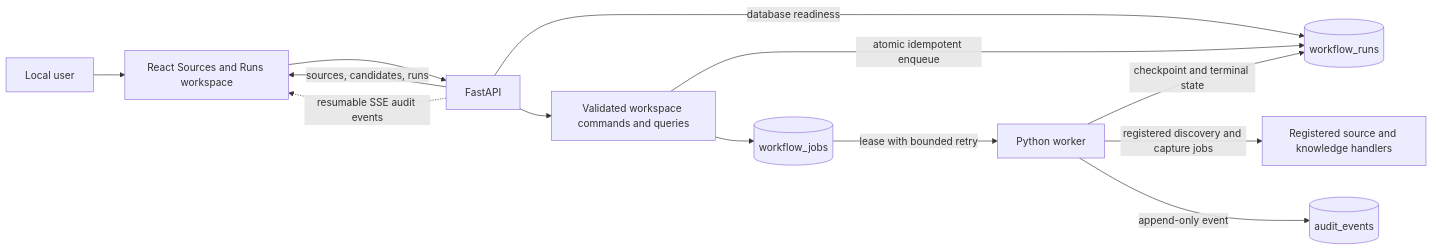
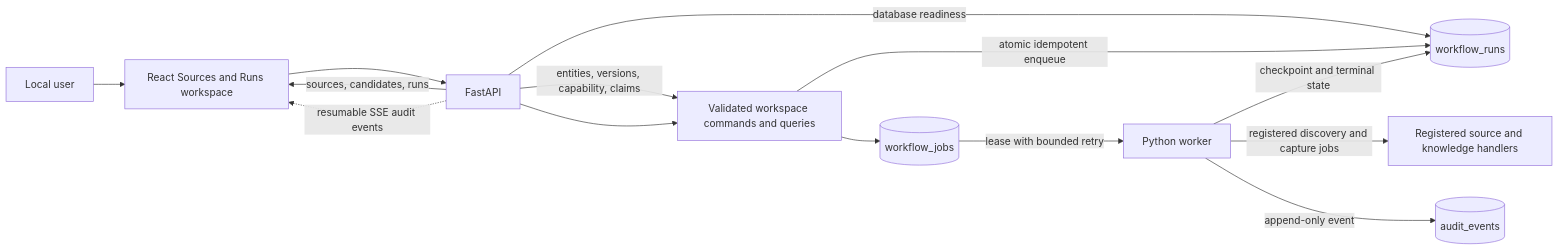
The second of 15 diagrams in docs/architecture/system-architecture.md (Wenqi77Zhang/GameCrafter-Agent), drawn with Mermaid before and after one commit. The commit also changed other lines of this file and 14 other files, not shown here.

````diff
--- a/docs/architecture/system-architecture.md
+++ b/docs/architecture/system-architecture.md
@@ -32,24 +32,25 @@
 ```mermaid
 flowchart LR
     USER["Local user"]
     WEB["React Sources and Runs workspace"]
     API["FastAPI"]
     COMMAND["Validated workspace commands and queries"]
     RUNS[("workflow_runs")]
     JOBS[("workflow_jobs")]
     AUDIT[("audit_events")]
     WORKER["Python worker"]
     HANDLER["Registered source and knowledge handlers"]
 
     USER --> WEB --> API
     API -->|"sources, candidates, runs"| WEB
+    API -->|"entities, versions, capability, claims"| COMMAND
     API -. "resumable SSE audit events" .-> WEB
     API -->|"database readiness"| RUNS
     API --> COMMAND
     COMMAND -->|"atomic idempotent enqueue"| RUNS
     COMMAND --> JOBS
     JOBS -->|"lease with bounded retry"| WORKER
     WORKER -->|"registered discovery and capture jobs"| HANDLER
     WORKER -->|"checkpoint and terminal state"| RUNS
     WORKER -->|"append-only event"| AUDIT
 ```
````
